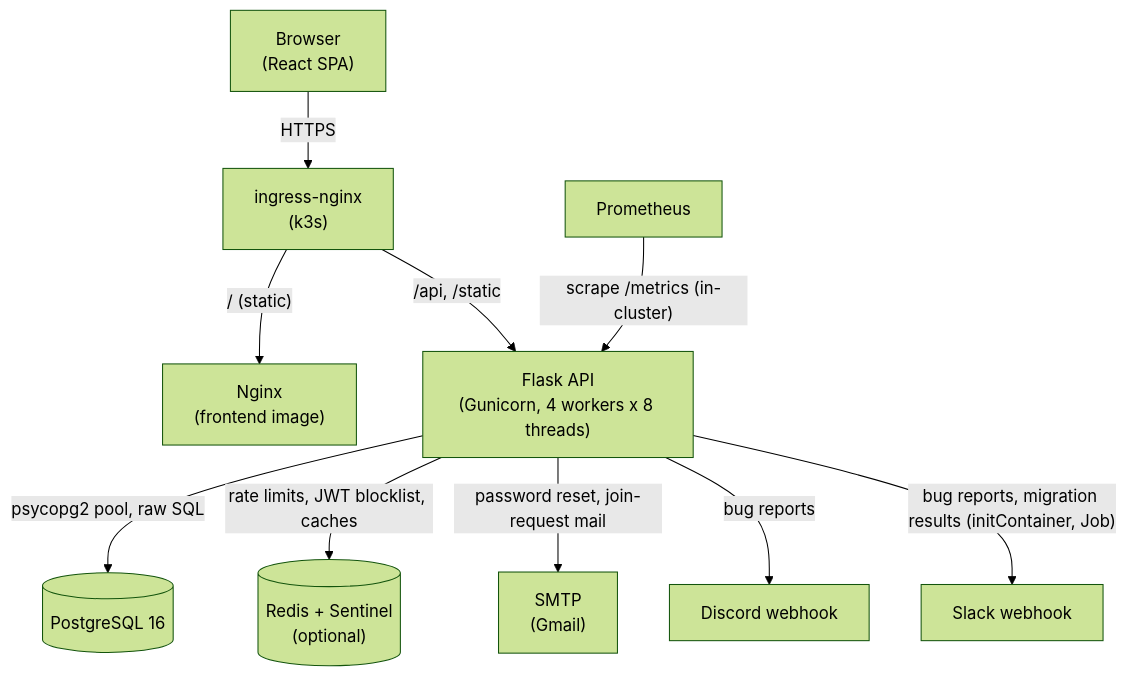
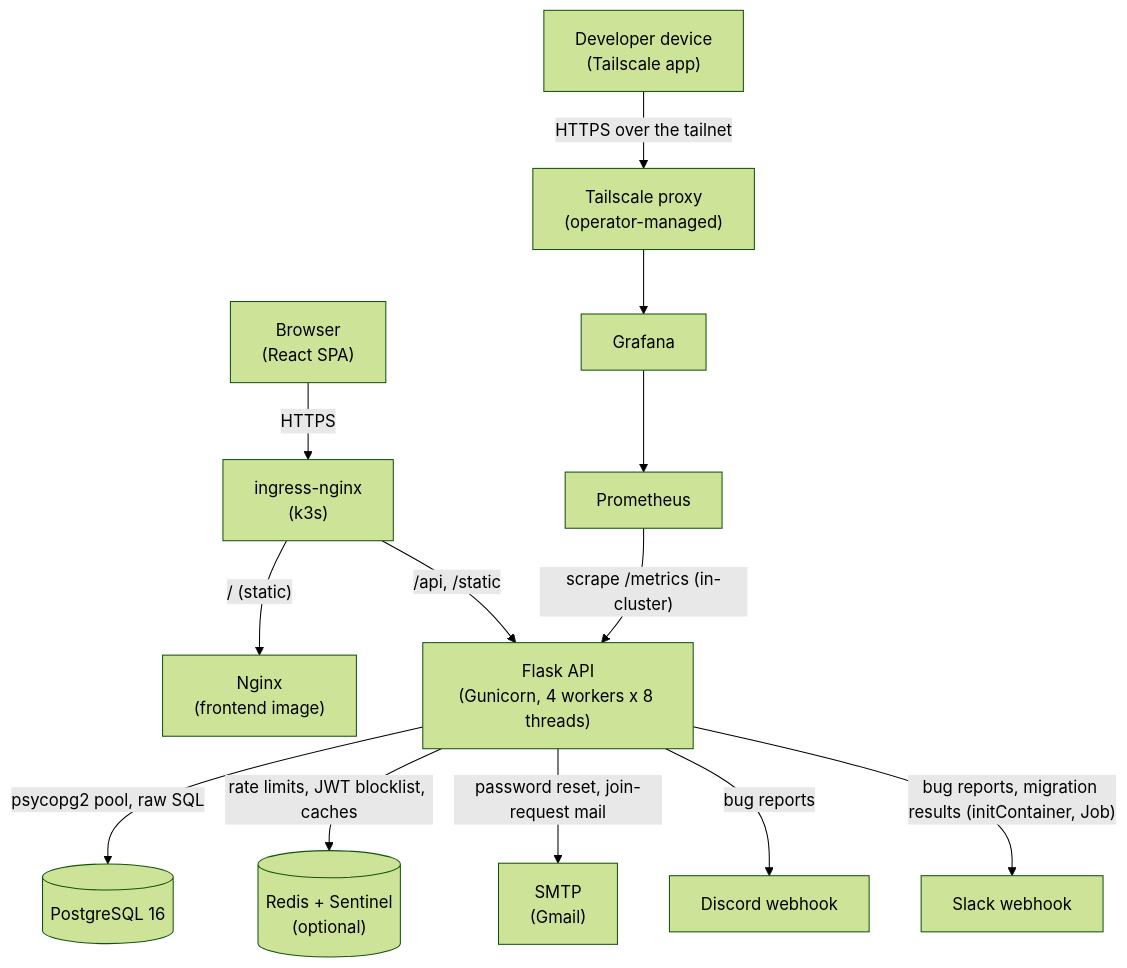
One commit to fss-fmi/fmi-codes-website-2026 changed the first of 2 diagrams in docs/architecture.md. Above: the diagram before and after it, drawn with Mermaid (forest theme). The commit also changed other lines of this file and 26 other files, not shown here.

````diff
--- a/docs/architecture.md
+++ b/docs/architecture.md
@@ -9,23 +9,29 @@
 ```mermaid
 graph TD
     Browser["Browser<br/>(React SPA)"]
     Nginx["Nginx<br/>(frontend image)"]
     Ingress["ingress-nginx<br/>(k3s)"]
     API["Flask API<br/>(Gunicorn, 4 workers x 8 threads)"]
     PG[("PostgreSQL 16")]
     Redis[("Redis + Sentinel<br/>(optional)")]
     SMTP["SMTP<br/>(Gmail)"]
     Discord["Discord webhook"]
     Slack["Slack webhook"]
     Prom["Prometheus"]
+    Grafana["Grafana"]
+    TS["Tailscale proxy<br/>(operator-managed)"]
+    Dev["Developer device<br/>(Tailscale app)"]
 
     Browser -->|HTTPS| Ingress
     Ingress -->|"/ (static)"| Nginx
     Ingress -->|"/api, /static"| API
     API -->|psycopg2 pool, raw SQL| PG
     API -->|rate limits, JWT blocklist, caches| Redis
     API -->|password reset, join-request mail| SMTP
     API -->|bug reports| Discord
     API -->|"bug reports, migration results (initContainer, Job)"| Slack
     Prom -->|"scrape /metrics (in-cluster)"| API
+    Dev -->|"HTTPS over the tailnet"| TS
+    TS --> Grafana
+    Grafana --> Prom
 ```
````
